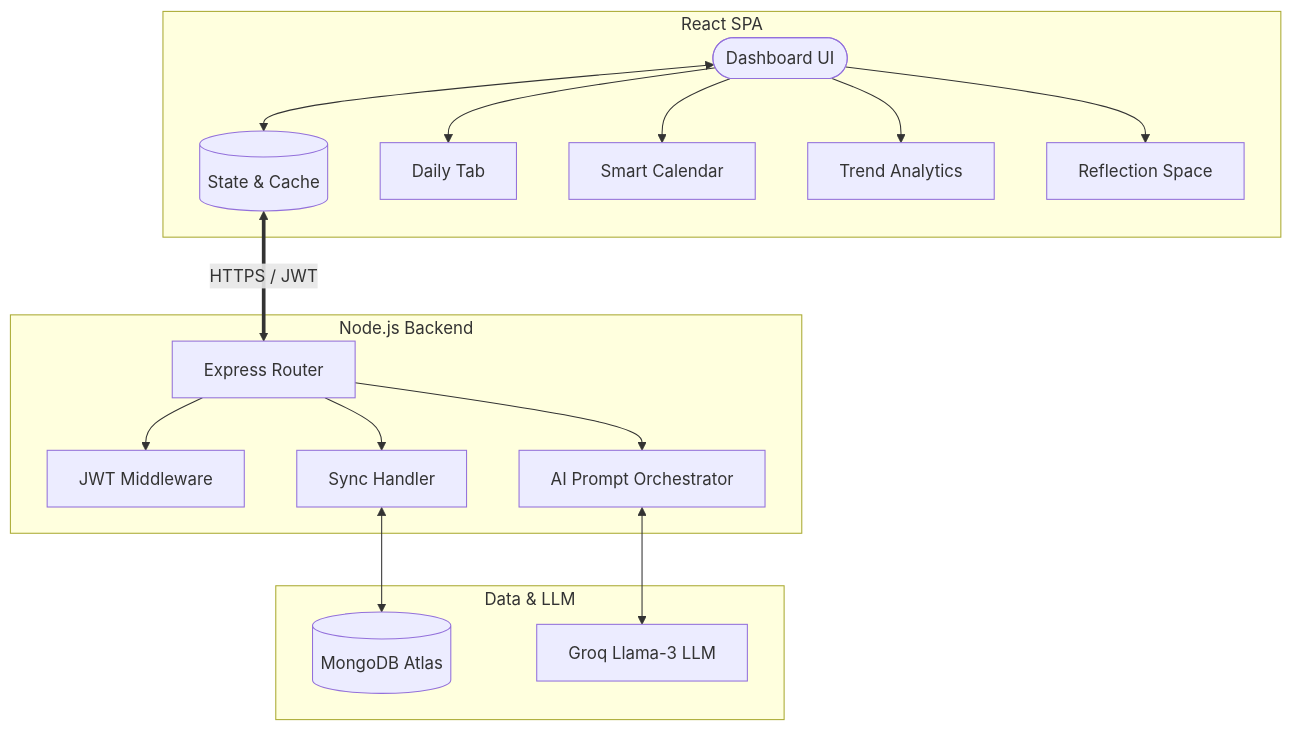
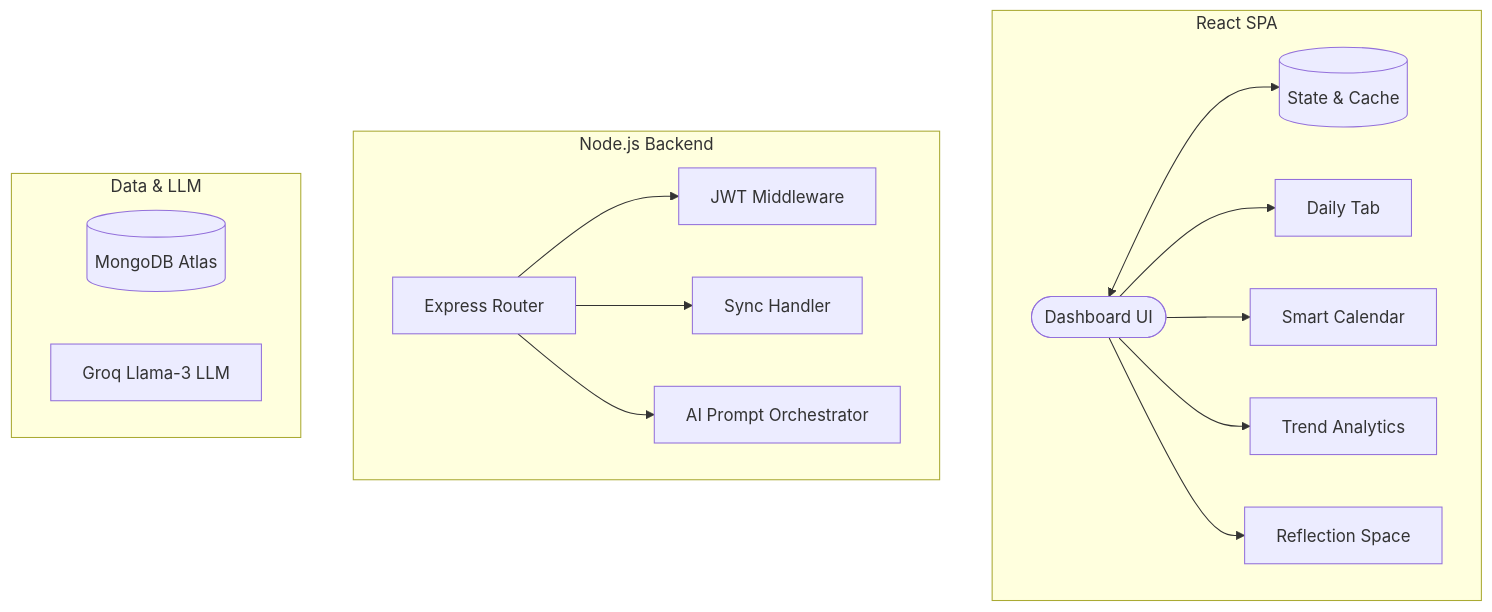
The diagram in README.md (SwathiJayasankar/goalGrid), drawn with Mermaid before and after one commit. The commit also changed other lines of this file and 1 other file, not shown here.

Commit message:
Redirect to AI Roadmap tab on goal addition, sync README updates

````diff
--- a/README.md
+++ b/README.md
@@ -28,25 +28,22 @@
 ```mermaid
 flowchart TD
     subgraph Client [React SPA]
         UI([Dashboard UI]) <--> State[(State & Cache)]
         UI --> Daily[Daily Tab]
         UI --> Calendar[Smart Calendar]
         UI --> Analytics[Trend Analytics]
         UI --> Journal[Reflection Space]
     end
 
     subgraph Service [Node.js Backend]
         API[Express Router] --> Auth[JWT Middleware]
         API --> Sync[Sync Handler]
         API --> AI[AI Prompt Orchestrator]
     end
 
     subgraph External [Data & LLM]
         DB[(MongoDB Atlas)]
         Groq[Groq Llama-3 LLM]
     end
 
-    State <==>|HTTPS / JWT| API
-    Sync <--> DB
-    AI <--> Groq
 ```
````
